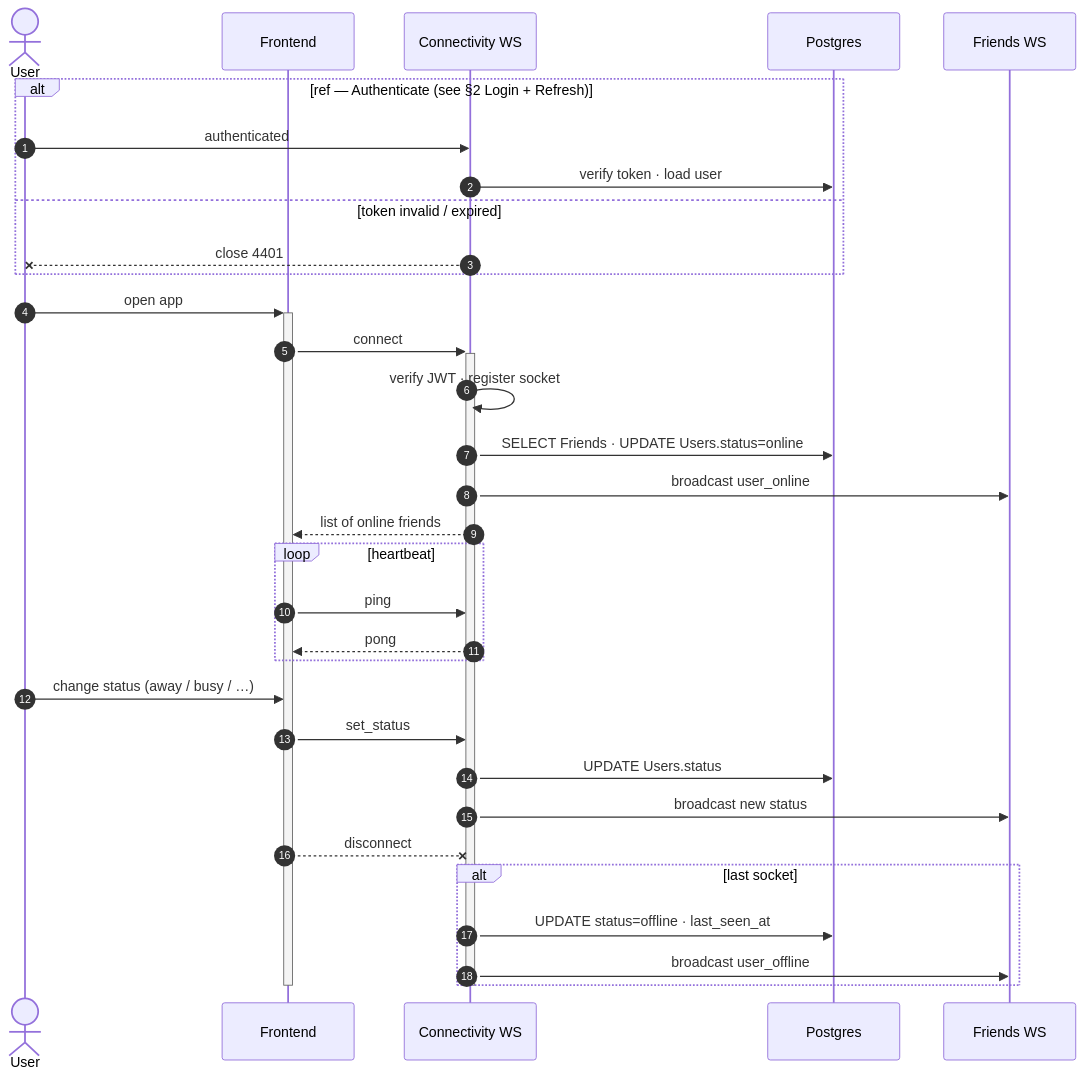
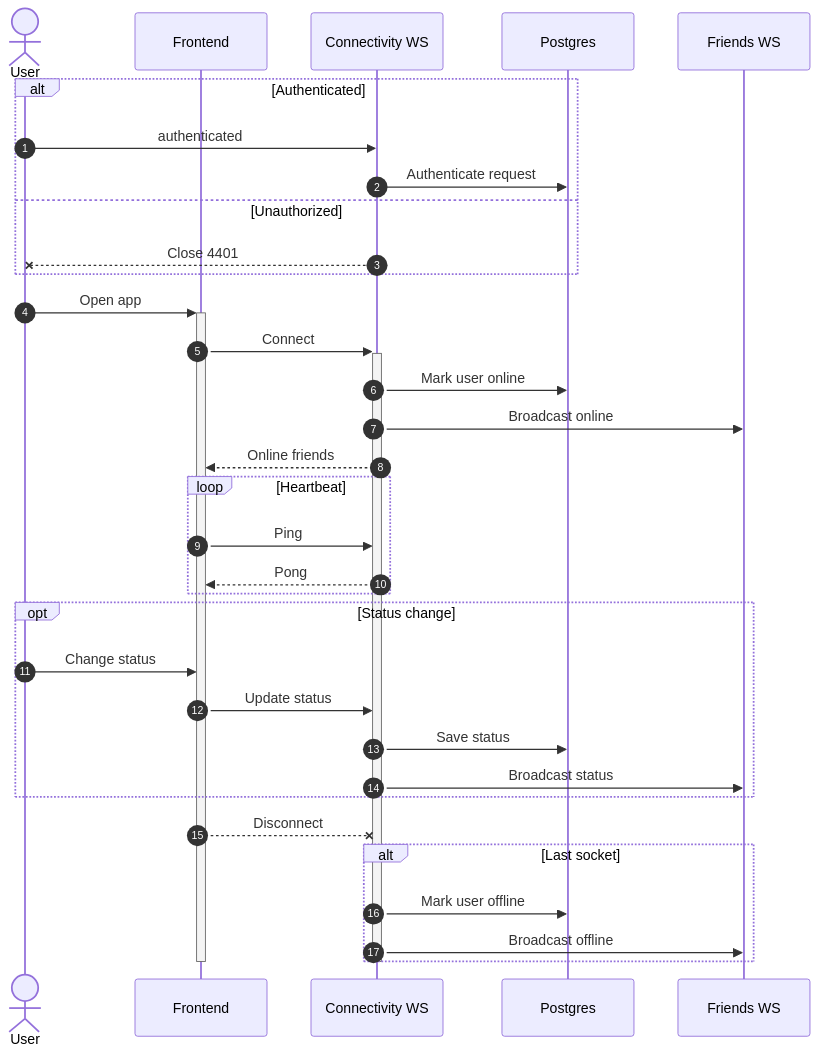
Diagram 16 of 16 in docs/SEQUENCE_DIAGRAMS.md (MohamedChebbi123/teamnest), drawn with Mermaid before and after one commit. The commit also changed other lines of this file, not shown here.

````diff
--- a/docs/SEQUENCE_DIAGRAMS.md
+++ b/docs/SEQUENCE_DIAGRAMS.md
@@ -491,41 +570,42 @@
 ```mermaid
 sequenceDiagram
     autonumber
     actor User
     participant FE as Frontend
     participant WS as Connectivity WS
     participant DB as Postgres
     participant Friends as Friends WS
 
-    alt ref — Authenticate (see §2 Login + Refresh)
+    alt Authenticated
         User->>WS: authenticated
-        WS->>DB: verify token · load user
-    else token invalid / expired
-        WS--xUser: close 4401
+        WS->>DB: Authenticate request
+    else Unauthorized
+        WS--xUser: Close 4401
     end
 
-    User->>+FE: open app
-    FE->>+WS: connect
-    WS->>WS: verify JWT · register socket
-    WS->>DB: SELECT Friends · UPDATE Users.status=online
-    WS->>Friends: broadcast user_online
-    WS-->>FE: list of online friends
+    User->>+FE: Open app
+    FE->>+WS: Connect
+    WS->>DB: Mark user online
+    WS->>Friends: Broadcast online
+    WS-->>FE: Online friends
 
-    loop heartbeat
-        FE->>WS: ping
-        WS-->>FE: pong
+    loop Heartbeat
+        FE->>WS: Ping
+        WS-->>FE: Pong
     end
 
-    User->>FE: change status (away / busy / …)
-    FE->>WS: set_status
-    WS->>DB: UPDATE Users.status
-    WS->>Friends: broadcast new status
+    opt Status change
+        User->>FE: Change status
+        FE->>WS: Update status
+        WS->>DB: Save status
+        WS->>Friends: Broadcast status
+    end
 
-    FE--xWS: disconnect
-    alt last socket
-        WS->>DB: UPDATE status=offline · last_seen_at
-        WS->>Friends: broadcast user_offline
+    FE--xWS: Disconnect
+    alt Last socket
+        WS->>DB: Mark user offline
+        WS->>Friends: Broadcast offline
     end
     deactivate WS
     deactivate FE
 ```
````
